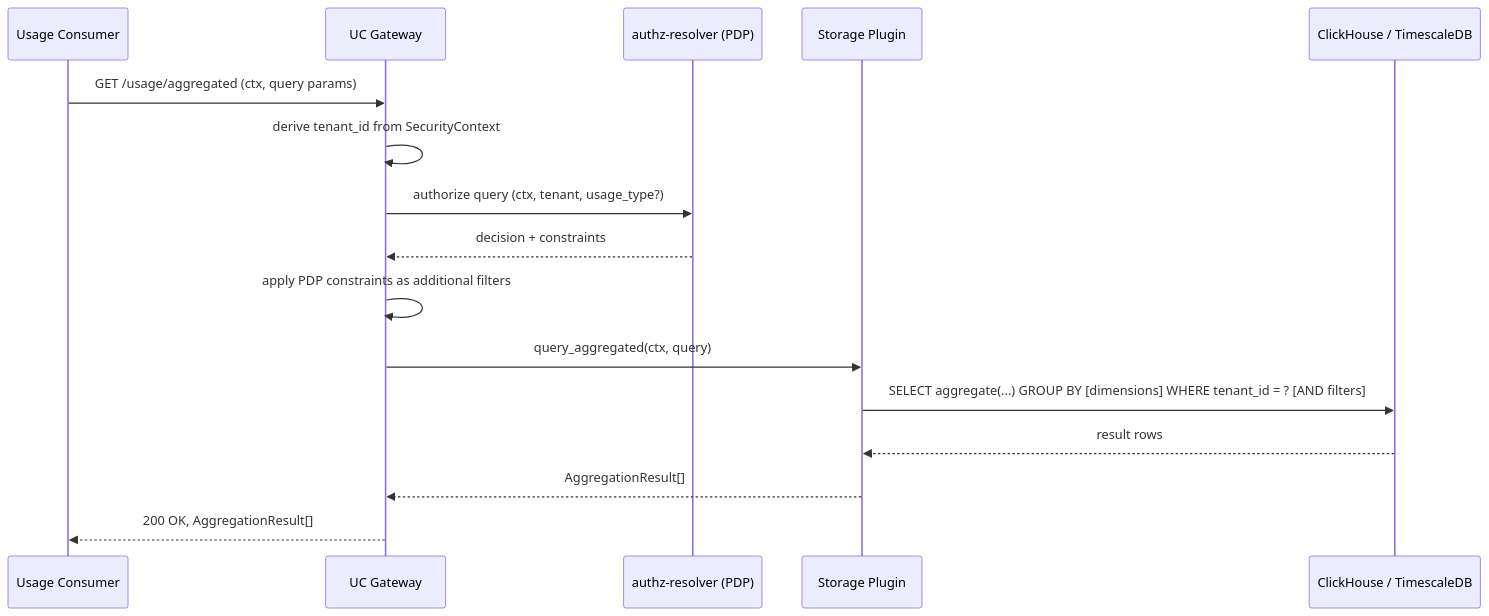
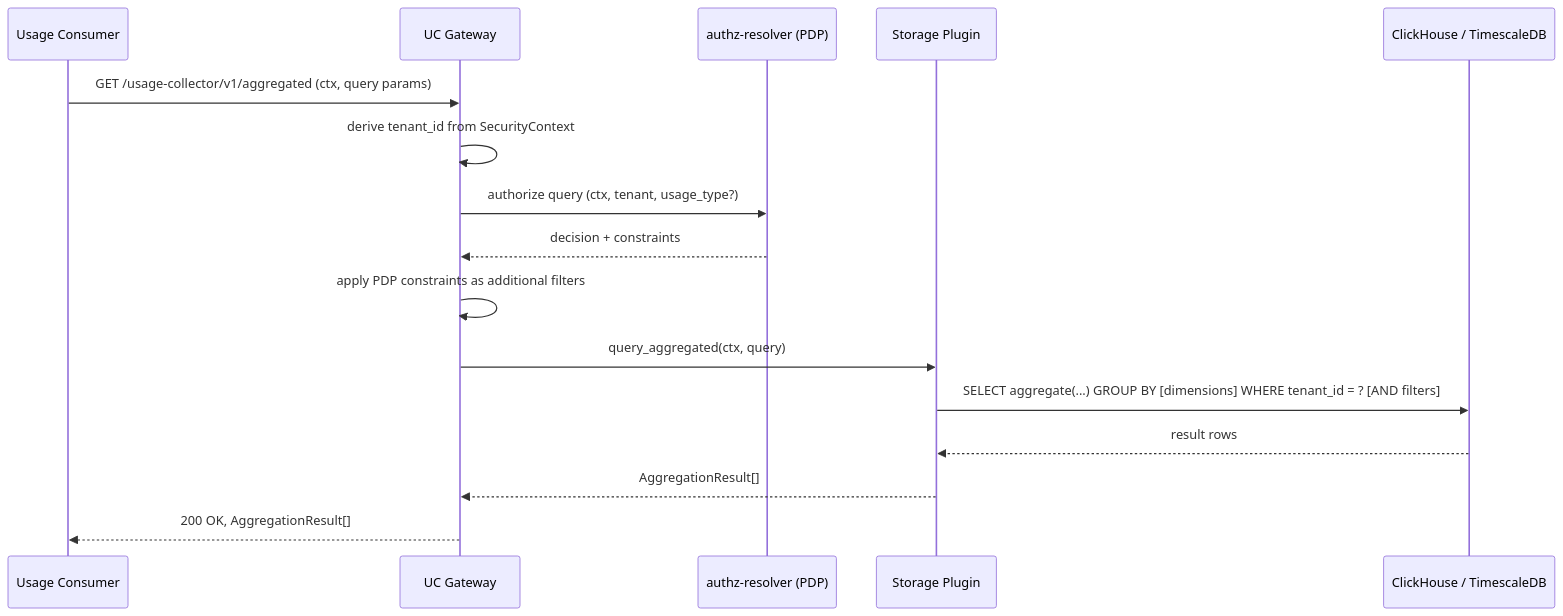
Before and after one commit to capybutler/cyberfabric-core: the fourth of 8 diagrams in modules/system/usage-collector/docs/DESIGN.md, drawn with Mermaid. The commit also changed other lines of this file and 18 other files, not shown here.

First line of the commit message:
feat(usage-collector): add SDK crate and design documentation

````diff
--- a/modules/system/usage-collector/docs/DESIGN.md
+++ b/modules/system/usage-collector/docs/DESIGN.md
@@ -597,19 +795,19 @@
 ```mermaid
 sequenceDiagram
     participant Consumer as Usage Consumer
     participant GW as UC Gateway
     participant PDP as authz-resolver (PDP)
     participant Plugin as Storage Plugin
     participant DB as ClickHouse / TimescaleDB
 
-    Consumer->>GW: GET /usage/aggregated (ctx, query params)
+    Consumer->>GW: GET /usage-collector/v1/aggregated (ctx, query params)
     GW->>GW: derive tenant_id from SecurityContext
     GW->>PDP: authorize query (ctx, tenant, usage_type?)
     PDP-->>GW: decision + constraints
     GW->>GW: apply PDP constraints as additional filters
     GW->>Plugin: query_aggregated(ctx, query)
     Plugin->>DB: SELECT aggregate(...) GROUP BY [dimensions] WHERE tenant_id = ? [AND filters]
     DB-->>Plugin: result rows
     Plugin-->>GW: AggregationResult[]
     GW-->>Consumer: 200 OK, AggregationResult[]
 ```
````
